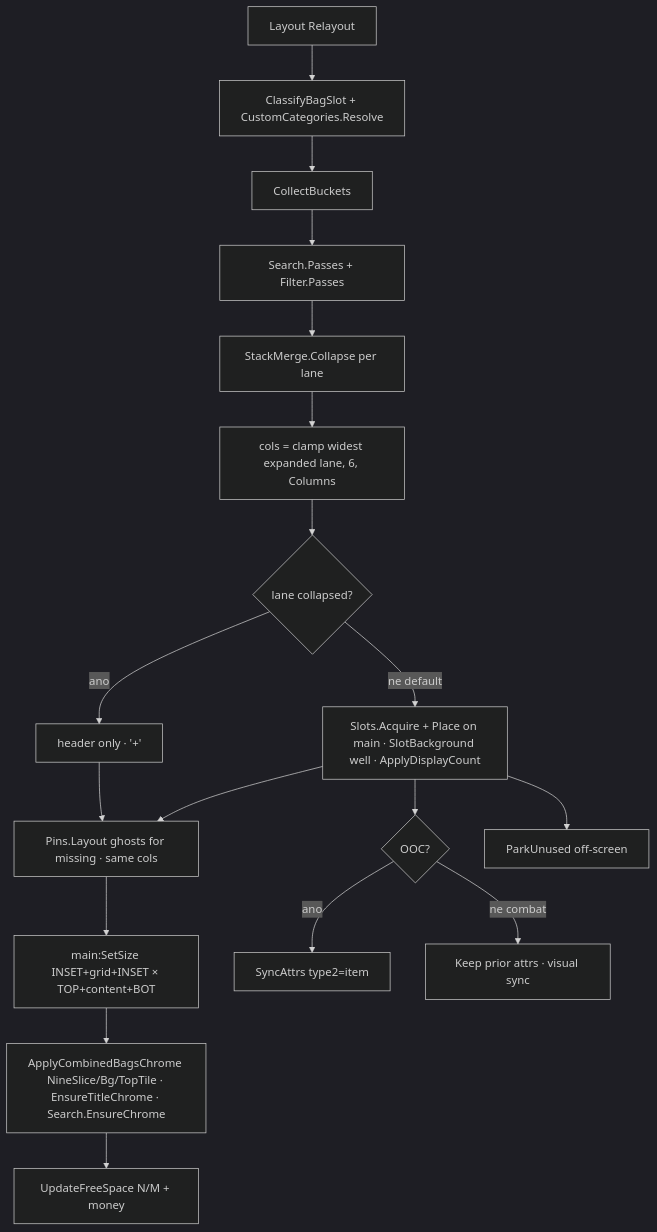
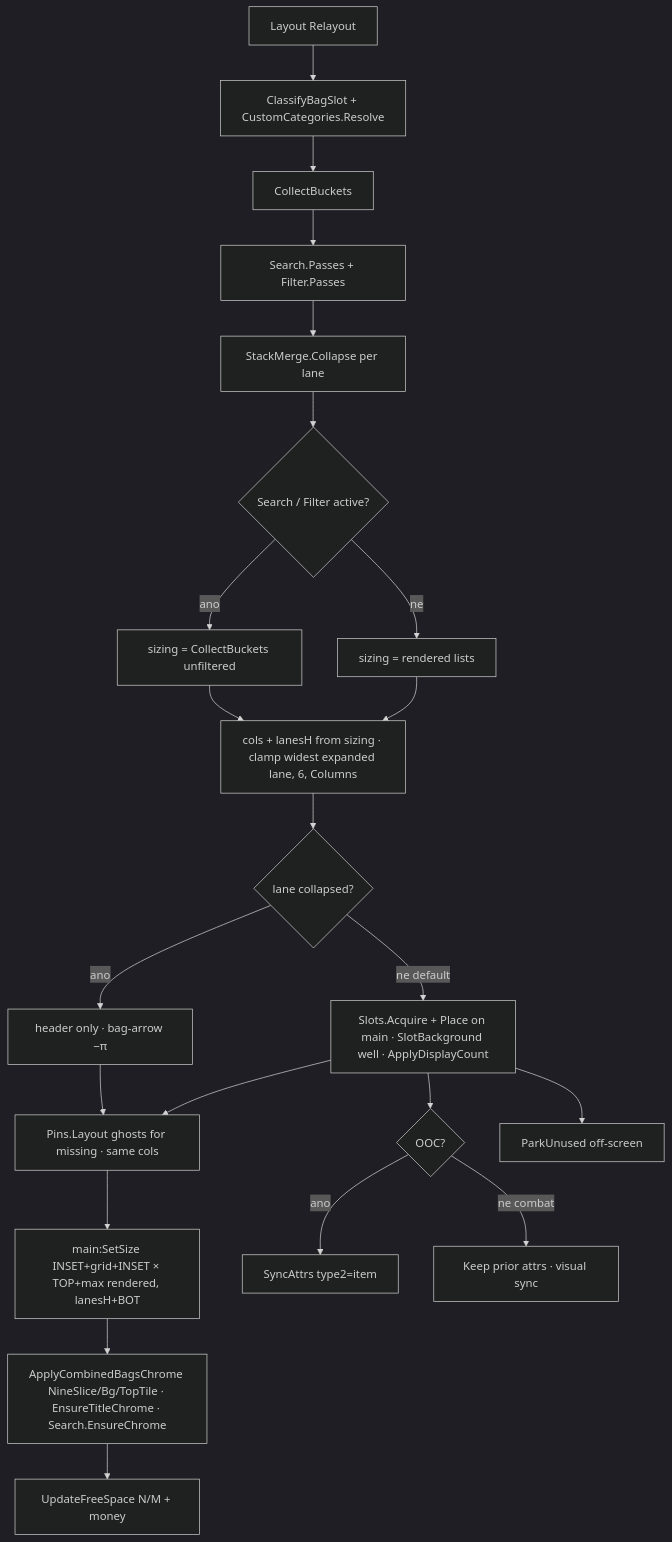
The second of 5 diagrams in addons/BetterBackpack/Docs/loops.md (sirTurbisCZ/wow-forever-addons), drawn with Mermaid (dark theme) before and after one commit. The commit also changed other lines of this file and 7 other files, not shown here.

First line of the commit message:
BetterBackpack 0.5.7: Blizzard slot art, arrow headers, white counts, pinned size

````diff
--- a/addons/BetterBackpack/Docs/loops.md
+++ b/addons/BetterBackpack/Docs/loops.md
@@ -52,21 +55,25 @@
 ```mermaid
 flowchart TD
   L[Layout Relayout]
   L --> Class[ClassifyBagSlot + CustomCategories.Resolve]
   Class --> Buckets[CollectBuckets]
   Buckets --> SF[Search.Passes + Filter.Passes]
   SF --> Merge[StackMerge.Collapse per lane]
-  Merge --> Hug[cols = clamp widest expanded lane, 6, Columns]
+  Merge --> Filt{Search / Filter active?}
+  Filt -->|ano| Full[sizing = CollectBuckets unfiltered]
+  Filt -->|ne| Same[sizing = rendered lists]
+  Full --> Hug[cols + lanesH from sizing · clamp widest expanded lane, 6, Columns]
+  Same --> Hug
   Hug --> Col{lane collapsed?}
-  Col -->|ano| Hdr[header only · '+']
+  Col -->|ano| Hdr[header only · bag-arrow −π]
   Col -->|ne default| Place[Slots.Acquire + Place on main · SlotBackground well · ApplyDisplayCount]
   Hdr --> Pins
   Place --> Pins[Pins.Layout ghosts for missing · same cols]
-  Pins --> Size[main:SetSize INSET+grid+INSET × TOP+content+BOT]
+  Pins --> Size[main:SetSize INSET+grid+INSET × TOP+max rendered, lanesH+BOT]
   Size --> Chrome[ApplyCombinedBagsChrome NineSlice/Bg/TopTile · EnsureTitleChrome · Search.EnsureChrome]
   Chrome --> Foot[UpdateFreeSpace N/M + money]
   Place --> Attrs{OOC?}
   Attrs -->|ano| Sync[SyncAttrs type2=item]
   Attrs -->|ne combat| Keep[Keep prior attrs · visual sync]
   Place --> Unused[ParkUnused off-screen]
 ```
````
